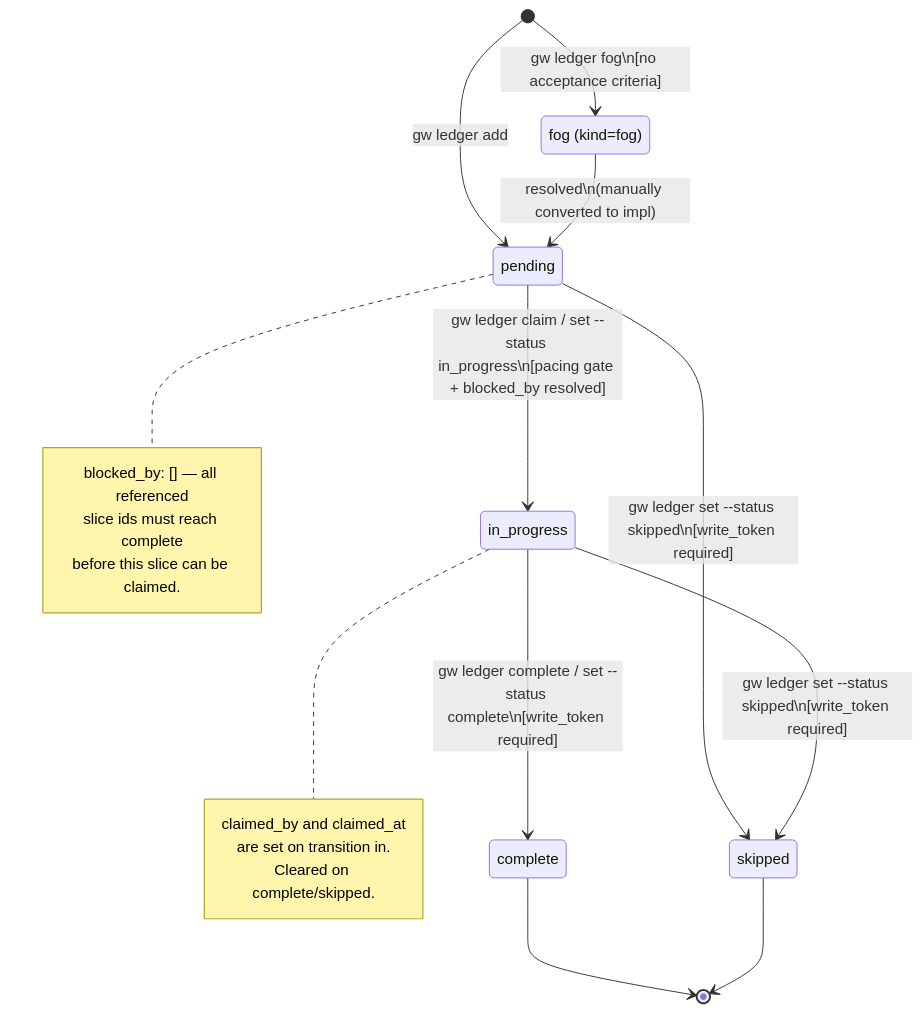
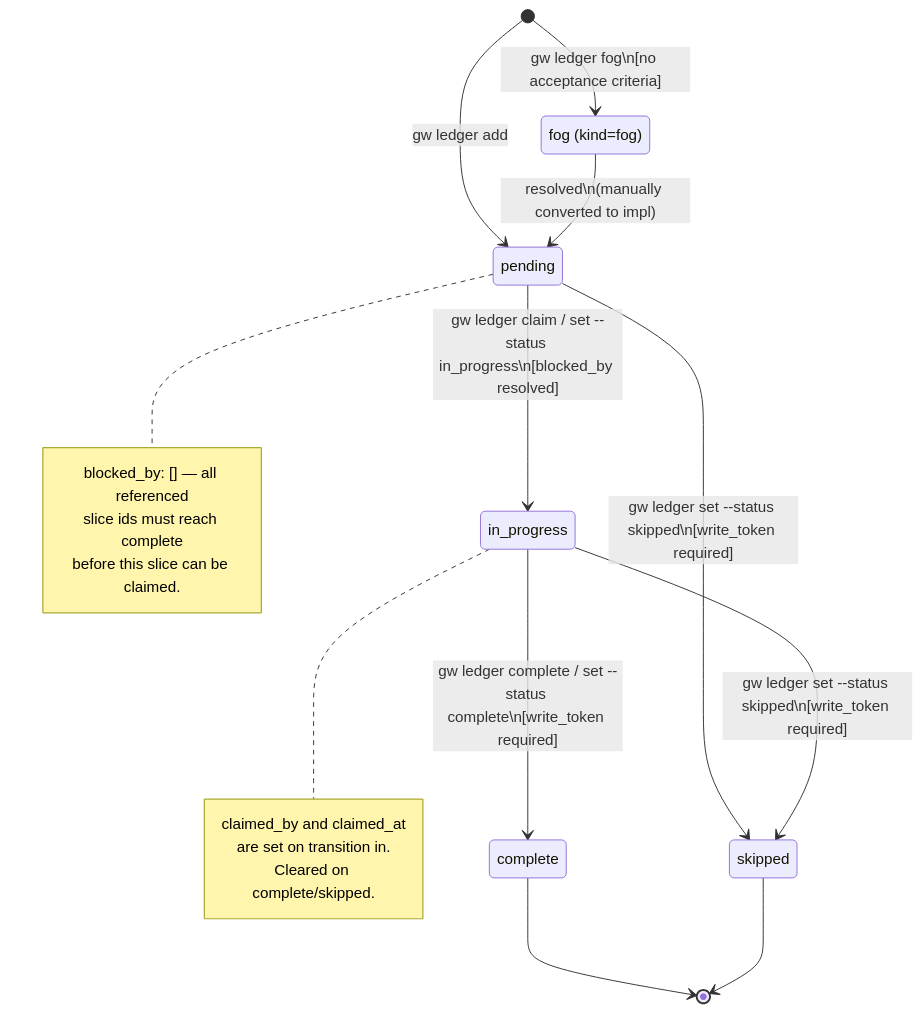
Before and after one commit to IniZio/groundwork: the diagram in doc/specs/orchestration/design/flows/slice-lifecycle.md, drawn with Mermaid. The commit also changed other lines of this file and 29 other files, not shown here.

Commit message:
docs(gate): replace wave-pacing with per-phase checkpoint model

````diff
--- a/doc/specs/orchestration/design/flows/slice-lifecycle.md
+++ b/doc/specs/orchestration/design/flows/slice-lifecycle.md
@@ -17,29 +17,29 @@
 ```mermaid
 stateDiagram-v2
     [*] --> pending : gw ledger add
 
-    pending --> in_progress : gw ledger claim / set --status in_progress\n[pacing gate + blocked_by resolved]
+    pending --> in_progress : gw ledger claim / set --status in_progress\n[blocked_by resolved]
     pending --> skipped : gw ledger set --status skipped\n[write_token required]
 
     in_progress --> complete : gw ledger complete / set --status complete\n[write_token required]
     in_progress --> skipped : gw ledger set --status skipped\n[write_token required]
 
     complete --> [*]
     skipped --> [*]
 
     state "fog (kind=fog)" as fog_state
     [*] --> fog_state : gw ledger fog\n[no acceptance criteria]
     fog_state --> pending : resolved\n(manually converted to impl)
 
     note right of in_progress
         claimed_by and claimed_at
         are set on transition in.
         Cleared on complete/skipped.
     end note
 
     note right of pending
         blocked_by: [] — all referenced
         slice ids must reach complete
         before this slice can be claimed.
     end note
 ```
````
